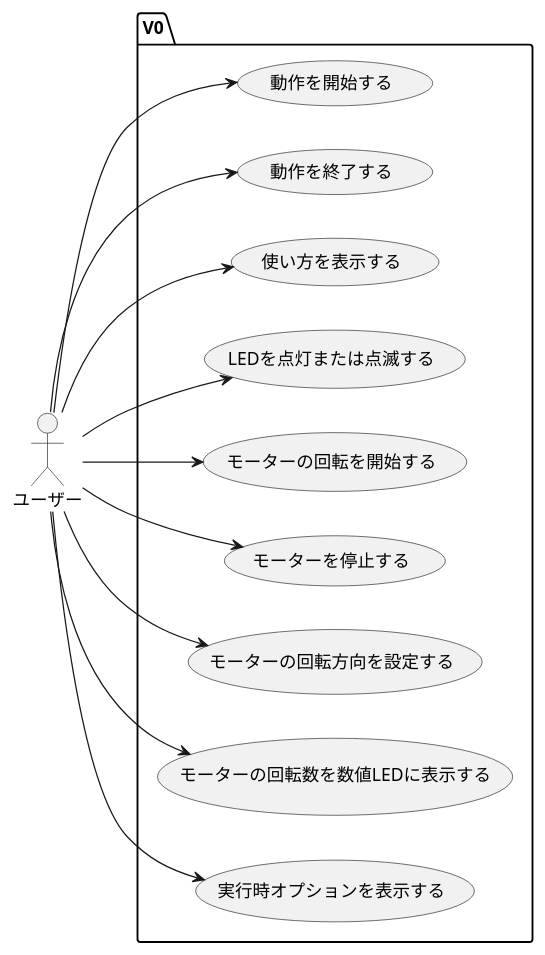
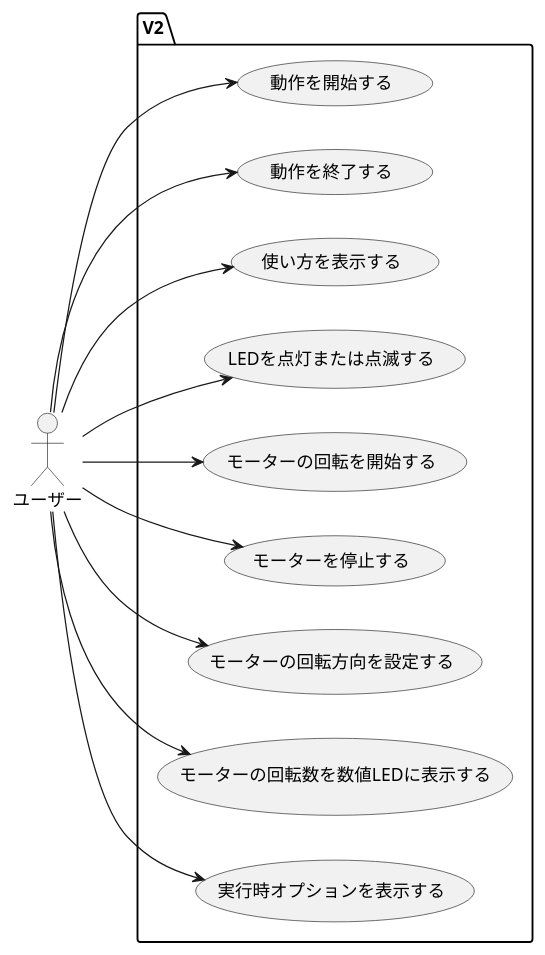
The diagram in Usecase/usecaseV2.pu (rebuildup/GRI-2nd), drawn with PlantUML before and after one commit. The commit also changed 15 other files, not shown here.

```diff
--- a/Usecase/usecaseV2.pu
+++ b/Usecase/usecaseV2.pu
@@ -1,27 +1,27 @@
 @startuml
 left to right direction
 
 actor :ユーザー: as user
 
-package V0 {
+package V2 {
     usecase "動作を開始する" as S1
     usecase "動作を終了する" as E1
     usecase "使い方を表示する" as U1
     usecase "LEDを点灯または点滅する" as L1
     usecase "モーターの回転を開始する" as M1
     usecase "モーターを停止する" as M2
     usecase "モーターの回転方向を設定する" as M3
     usecase "モーターの回転数を数値LEDに表示する" as N1
     usecase "実行時オプションを表示する" as U2
 }
 
 user --> S1
 user --> E1
 user --> U2
 user --> L1
 user --> M1
 user --> M2
 user --> M3
 user --> N1
 user --> U1
 @enduml
```
